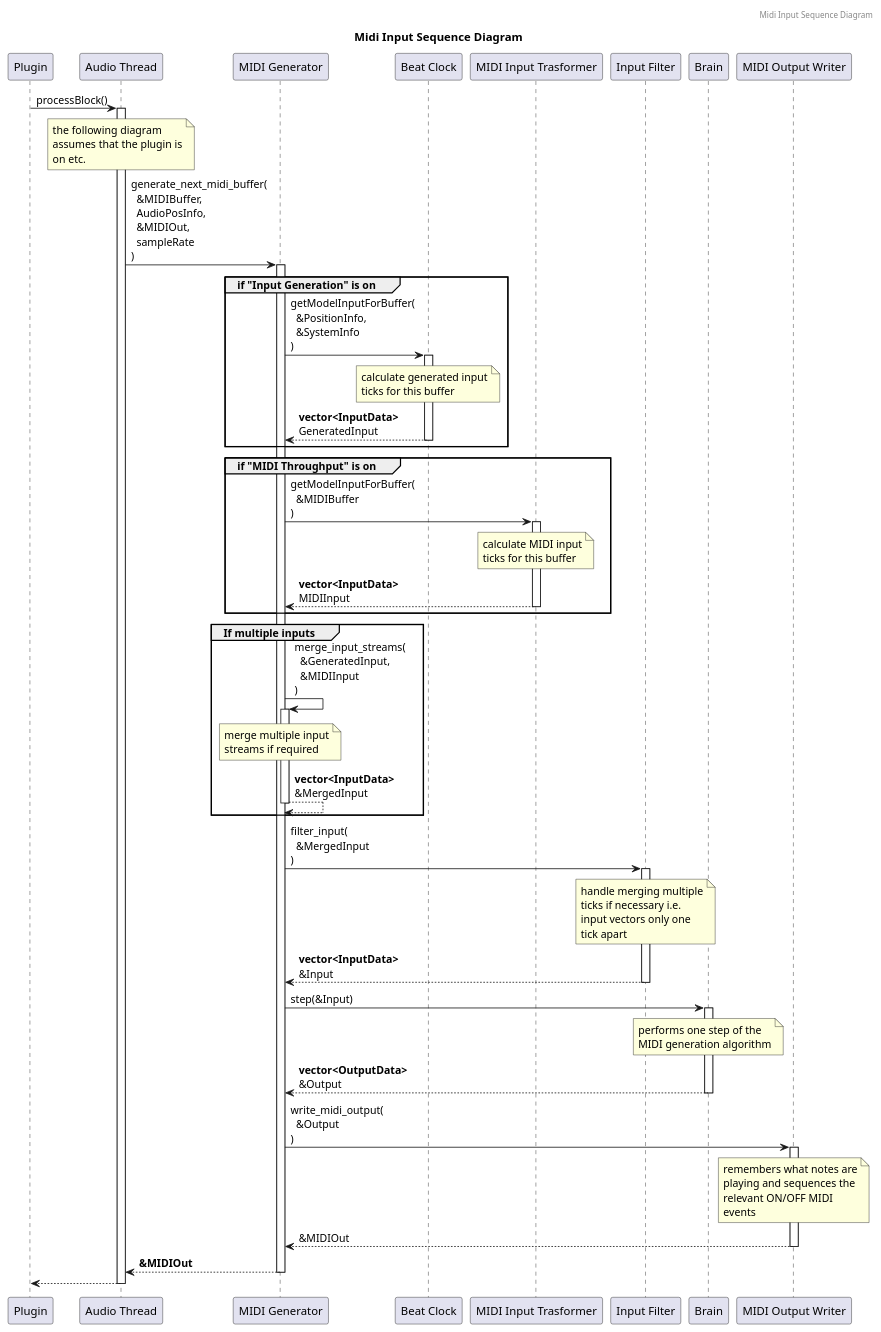
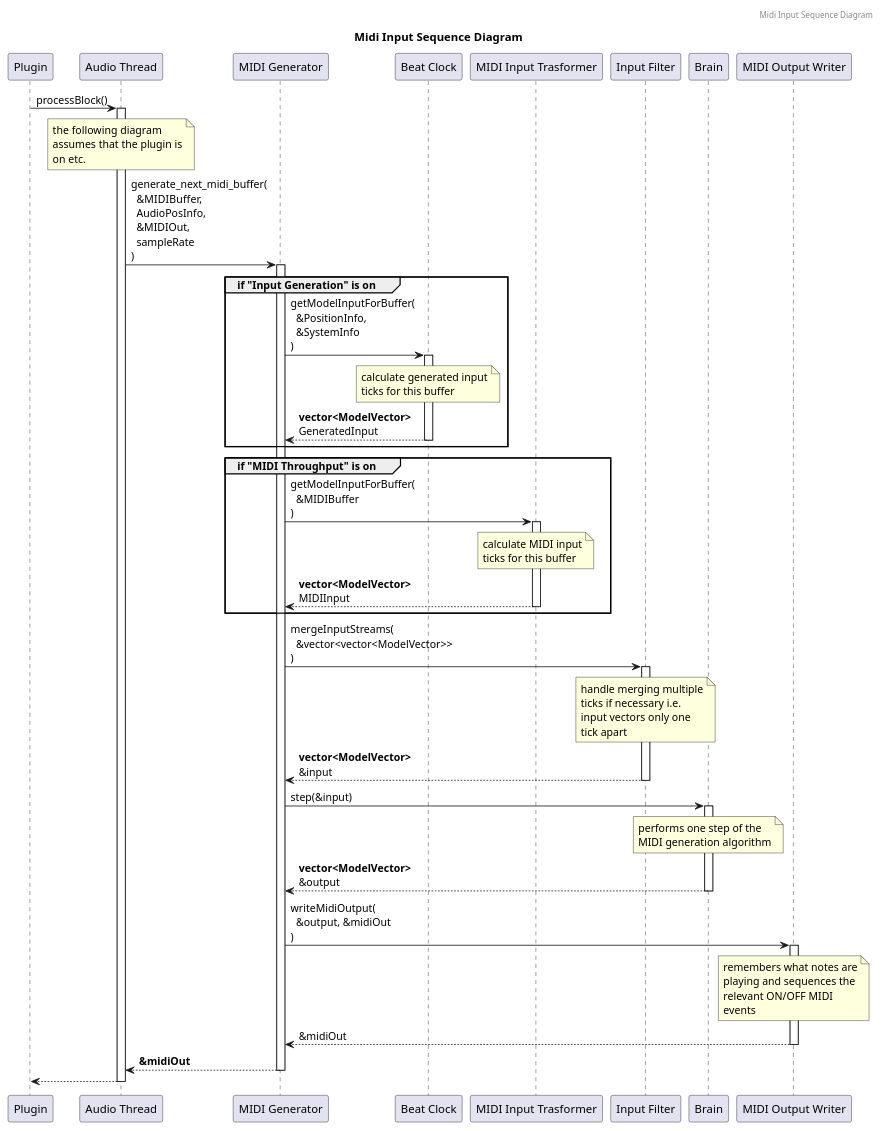
Before and after one commit to bentilley/neuron-plug: the diagram in docs/midi-input/midi-input-sequence-diagram.plantuml, drawn with PlantUML.

Commit message:
Docs - update midi-input sequence diagram

```diff
--- a/docs/midi-input/midi-input-sequence-diagram.plantuml
+++ b/docs/midi-input/midi-input-sequence-diagram.plantuml
@@ -6,60 +6,53 @@
 @startuml
 
 header Midi Input Sequence Diagram
 title Midi Input Sequence Diagram
 
 participant "Plugin"
 participant "Audio Thread" as Audio
 participant "MIDI Generator" as Generator
 participant "Beat Clock" as Clock
 participant "MIDI Input Trasformer" as Transformer
 participant "Input Filter" as Filter
 participant "Brain" as Brain
 participant "MIDI Output Writer" as Writer
 
 Plugin -> Audio : processBlock()
 note over Audio : the following diagram\nassumes that the plugin is\non etc.
 activate Audio
 Audio -> Generator : generate_next_midi_buffer(\n  &MIDIBuffer,\n  AudioPosInfo,\n  &MIDIOut,\n  sampleRate\n)
 activate Generator
 
 group if "Input Generation" is on
   Generator -> Clock : getModelInputForBuffer(\n  &PositionInfo,\n  &SystemInfo\n)
   activate Clock
   note over Clock : calculate generated input\nticks for this buffer
-  return **vector<InputData>**\nGeneratedInput
+  return **vector<ModelVector>**\nGeneratedInput
 end
 
 group if "MIDI Throughput" is on
   Generator -> Transformer : getModelInputForBuffer(\n  &MIDIBuffer\n)
   activate Transformer
   note over Transformer : calculate MIDI input\nticks for this buffer
-  return **vector<InputData>**\nMIDIInput
+  return **vector<ModelVector>**\nMIDIInput
 end
 
-group If multiple inputs
-  Generator -> Generator : merge_input_streams(\n  &GeneratedInput,\n  &MIDIInput\n)
-  activate Generator
-  note over Generator : merge multiple input\nstreams if required
-  return **vector<InputData>**\n&MergedInput
-end
-
-Generator -> Filter : filter_input(\n  &MergedInput\n)
+Generator -> Filter : mergeInputStreams(\n  &vector<vector<ModelVector>>\n)
 activate Filter
 note over Filter : handle merging multiple\nticks if necessary i.e.\ninput vectors only one\ntick apart
-return **vector<InputData>**\n&Input
+return **vector<ModelVector>**\n&input
 
-Generator -> Brain : step(&Input)
+Generator -> Brain : step(&input)
 activate Brain
 note over Brain : performs one step of the\nMIDI generation algorithm
-return **vector<OutputData>**\n&Output
+return **vector<ModelVector>**\n&output
 
-Generator -> Writer : write_midi_output(\n  &Output\n)
+Generator -> Writer : writeMidiOutput(\n  &output, &midiOut\n)
 activate Writer
 note over Writer : remembers what notes are\nplaying and sequences the\nrelevant ON/OFF MIDI\nevents
-return &MIDIOut
+return &midiOut
 
-return **&MIDIOut**
+return **&midiOut**
 
 return
 @enduml
```
